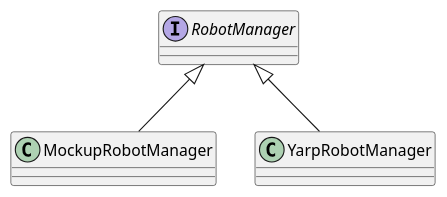
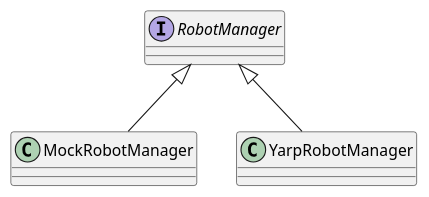
The first of 3 diagrams in en/robot-management.md (asrob-uc3m/robotDevastation-developer-manual), drawn with PlantUML before and after one commit. The commit also changed other lines of this file and 10 other files, not shown here.

First line of the commit message:
Replace 'Mockup' with 'Mock'

```diff
--- a/en/robot-management.md
+++ b/en/robot-management.md
@@ -12,9 +12,9 @@
 {% plantuml %}
 interface RobotManager
 
-Class MockupRobotManager
+Class MockRobotManager
 Class YarpRobotManager
 
-RobotManager <|-- MockupRobotManager
+RobotManager <|-- MockRobotManager
 RobotManager <|-- YarpRobotManager
 {% endplantuml %}
```
